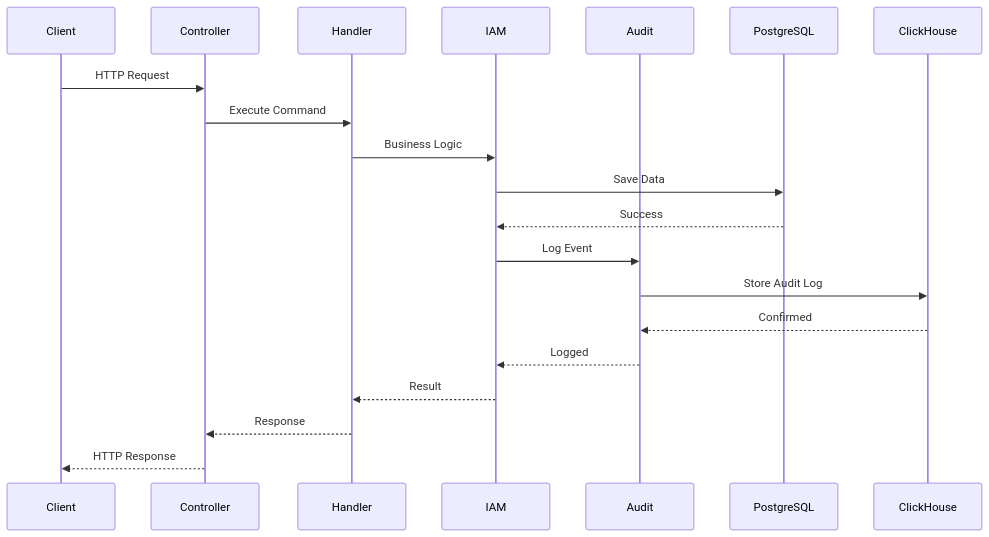
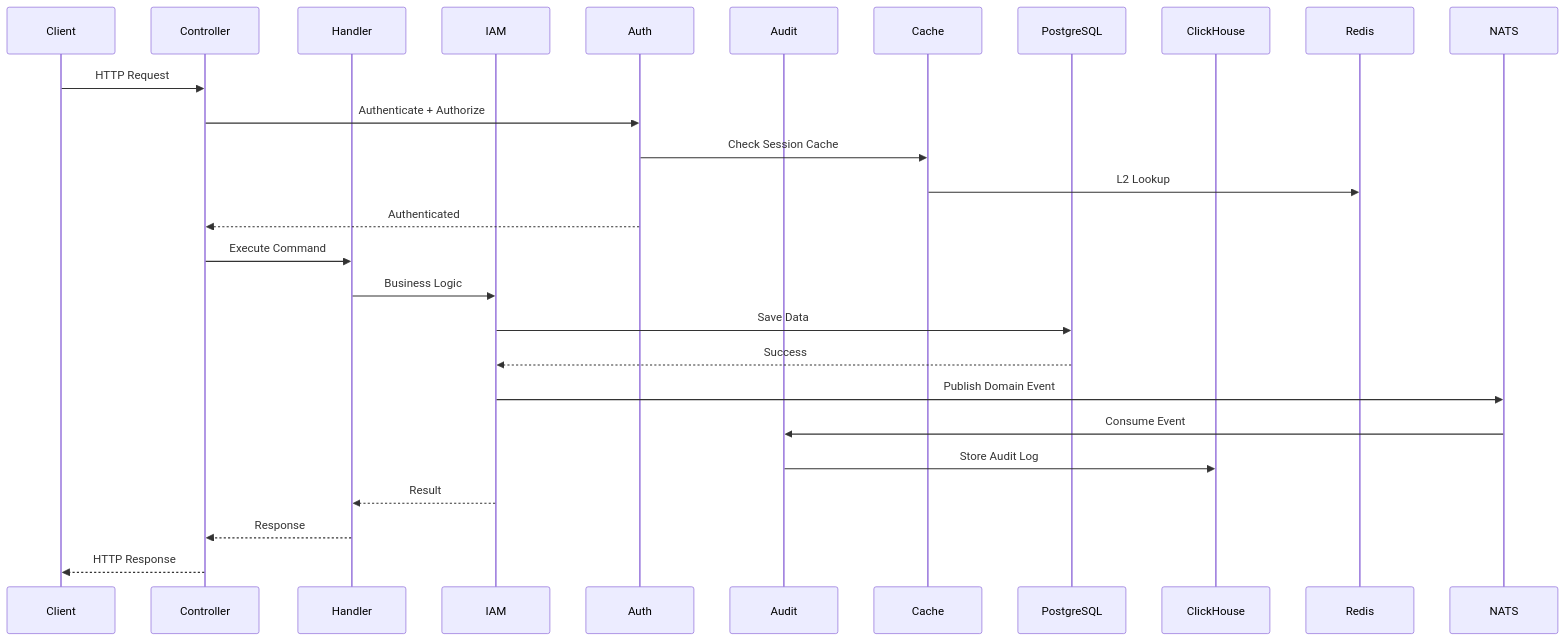
One commit to telemetryflow/telemetryflow-core changed the second of 30 diagrams in docs/CORE_MODULES.md. Above: the diagram before and after it, drawn with Mermaid. The commit also changed other lines of this file and 2428 other files, not shown here.

````diff
--- a/docs/CORE_MODULES.md
+++ b/docs/CORE_MODULES.md
@@ -51,23 +85,30 @@
 ```mermaid
 sequenceDiagram
     participant Client
     participant Controller
     participant Handler
     participant IAM
+    participant Auth
     participant Audit
+    participant Cache
     participant PostgreSQL
     participant ClickHouse
+    participant Redis
+    participant NATS
 
     Client->>Controller: HTTP Request
+    Controller->>Auth: Authenticate + Authorize
+    Auth->>Cache: Check Session Cache
+    Cache->>Redis: L2 Lookup
+    Auth-->>Controller: Authenticated
     Controller->>Handler: Execute Command
     Handler->>IAM: Business Logic
     IAM->>PostgreSQL: Save Data
     PostgreSQL-->>IAM: Success
-    IAM->>Audit: Log Event
+    IAM->>NATS: Publish Domain Event
+    NATS->>Audit: Consume Event
     Audit->>ClickHouse: Store Audit Log
-    ClickHouse-->>Audit: Confirmed
-    Audit-->>IAM: Logged
     IAM-->>Handler: Result
     Handler-->>Controller: Response
     Controller-->>Client: HTTP Response
 ```
````
